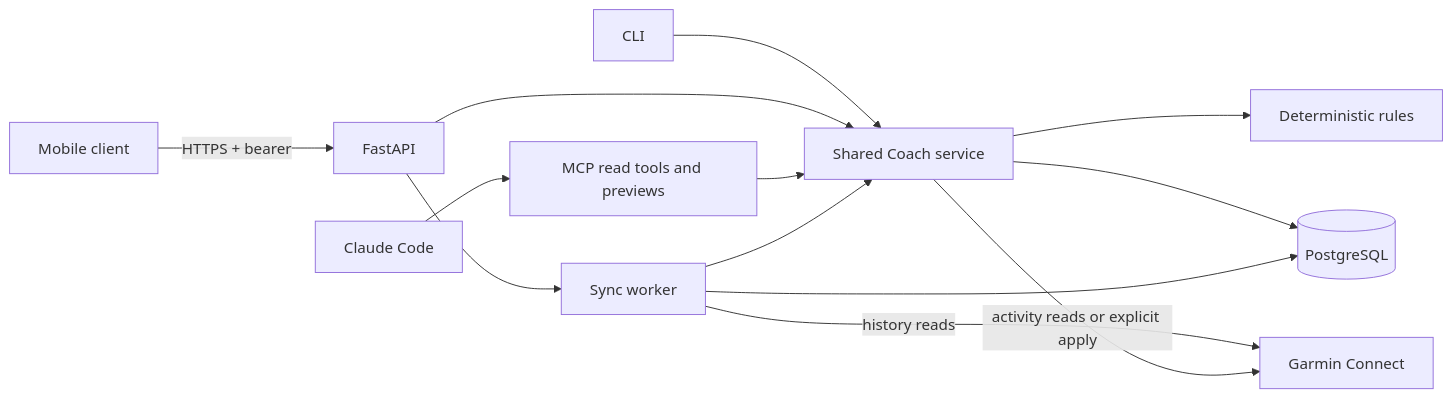
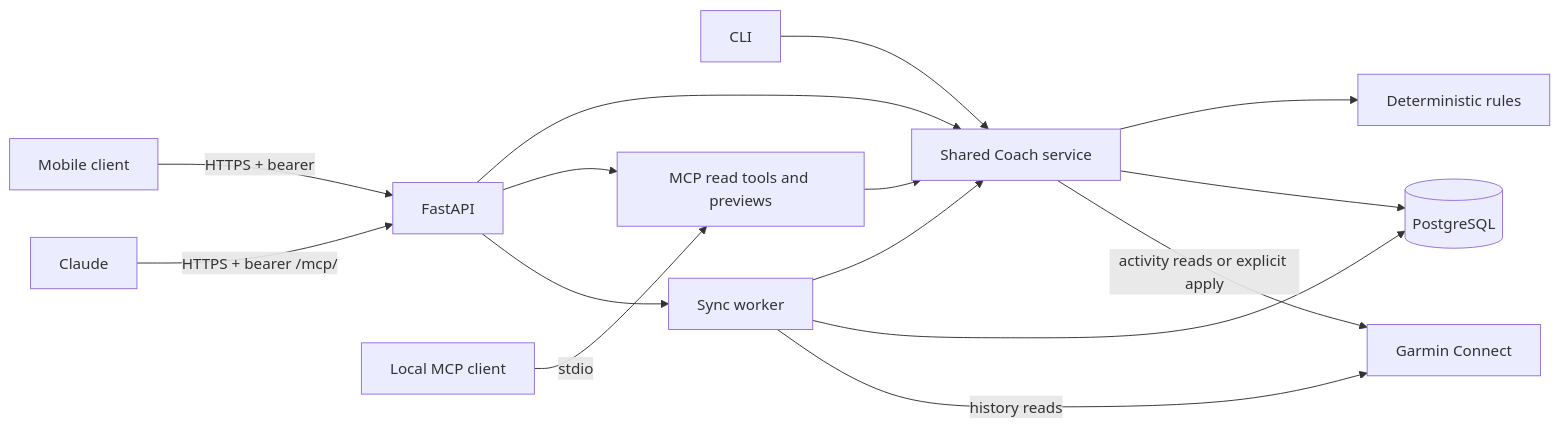
Before and after one commit to junlov/stride-coach: the diagram in docs/architecture.md, drawn with Mermaid. The commit also changed other lines of this file and 9 other files, not shown here.

````diff
--- a/docs/architecture.md
+++ b/docs/architecture.md
@@ -21,15 +25,17 @@
 ```mermaid
 flowchart LR
     CLI[CLI] --> Service[Shared Coach service]
     Phone[Mobile client] -->|HTTPS + bearer| API[FastAPI]
     API --> Service
-    Claude[Claude Code] --> MCP[MCP read tools and previews]
+    Claude[Claude] -->|HTTPS + bearer /mcp/| API
+    API --> MCP[MCP read tools and previews]
+    Local[Local MCP client] -->|stdio| MCP
     MCP --> Service
     Service --> Engine[Deterministic rules]
     Service --> DB[(PostgreSQL)]
     API --> Worker[Sync worker]
     Worker --> Service
     Worker --> DB
     Worker -->|history reads| Garmin[Garmin Connect]
     Service -->|activity reads or explicit apply| Garmin
 ```
````
